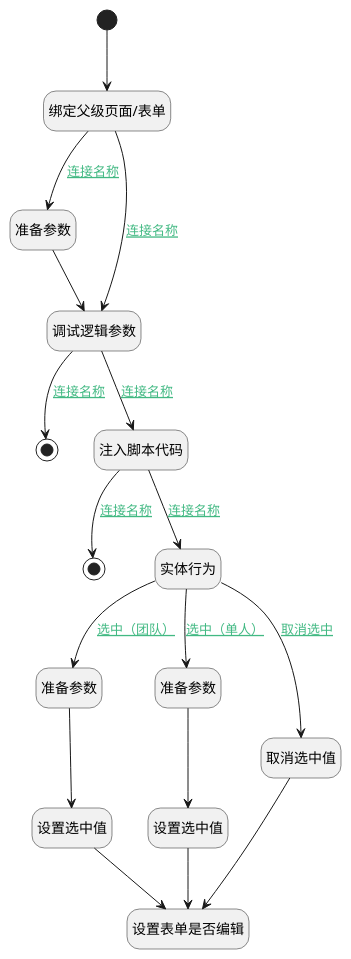
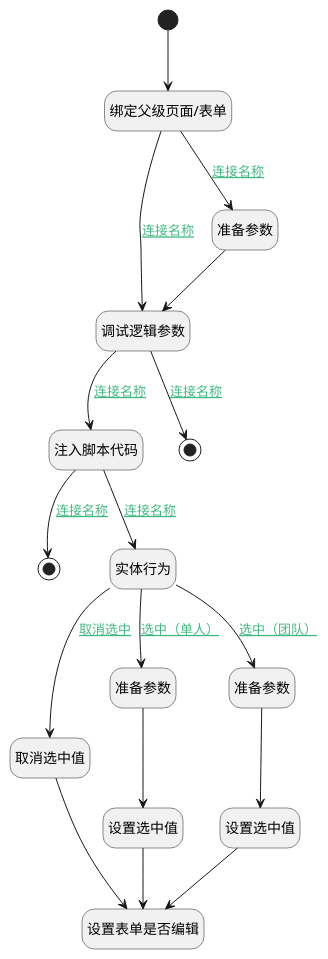
One commit to iBizLab/plm changed the diagram in doc/docsify/module/TestMgmt/review_stage/uilogic/default_choose.md. Above: the diagram before and after it, drawn with PlantUML. The commit also changed other lines of this file and 1473 other files, not shown here.

````diff
--- a/doc/docsify/module/TestMgmt/review_stage/uilogic/default_choose.md
+++ b/doc/docsify/module/TestMgmt/review_stage/uilogic/default_choose.md
@@ -7,46 +7,46 @@
 ```plantuml
 @startuml
 hide footbox
 <style>
 root {
   HyperlinkColor #42b983
 }
 </style>
 
 hide empty description
 state "开始" as Begin <<start>> [[$./default_choose#begin {开始}]]
+state "取消选中值" as RAWJSCODE2  [[$./default_choose#rawjscode2 {取消选中值}]]
+state "准备参数" as PREPAREJSPARAM2  [[$./default_choose#preparejsparam2 {准备参数}]]
+state "注入脚本代码" as RAWJSCODE4  [[$./default_choose#rawjscode4 {注入脚本代码}]]
+state "结束" as END2 <<end>> [[$./default_choose#end2 {结束}]]
 state "设置表单是否编辑" as RAWJSCODE7  [[$./default_choose#rawjscode7 {设置表单是否编辑}]]
-state "结束" as END2 <<end>> [[$./default_choose#end2 {结束}]]
 state "准备参数" as PREPAREJSPARAM3  [[$./default_choose#preparejsparam3 {准备参数}]]
-state "准备参数" as PREPAREJSPARAM4  [[$./default_choose#preparejsparam4 {准备参数}]]
+state "调试逻辑参数" as DEBUGPARAM1  [[$./default_choose#debugparam1 {调试逻辑参数}]]
 state "结束" as END1 <<end>> [[$./default_choose#end1 {结束}]]
 state "绑定父级页面/表单" as PREPAREJSPARAM1  [[$./default_choose#preparejsparam1 {绑定父级页面/表单}]]
-state "准备参数" as PREPAREJSPARAM2  [[$./default_choose#preparejsparam2 {准备参数}]]
+state "准备参数" as PREPAREJSPARAM4  [[$./default_choose#preparejsparam4 {准备参数}]]
+state "实体行为" as DEACTION1  [[$./default_choose#deaction1 {实体行为}]]
 state "设置选中值" as RAWJSCODE3  [[$./default_choose#rawjscode3 {设置选中值}]]
-state "注入脚本代码" as RAWJSCODE4  [[$./default_choose#rawjscode4 {注入脚本代码}]]
-state "取消选中值" as RAWJSCODE2  [[$./default_choose#rawjscode2 {取消选中值}]]
-state "实体行为" as DEACTION1  [[$./default_choose#deaction1 {实体行为}]]
-state "调试逻辑参数" as DEBUGPARAM1  [[$./default_choose#debugparam1 {调试逻辑参数}]]
 state "设置选中值" as RAWJSCODE1  [[$./default_choose#rawjscode1 {设置选中值}]]
 
 
 Begin --> PREPAREJSPARAM1
 PREPAREJSPARAM1 --> PREPAREJSPARAM4 : [[$./default_choose#preparejsparam1-preparejsparam4{连接名称} 连接名称]]
 PREPAREJSPARAM4 --> DEBUGPARAM1
 DEBUGPARAM1 --> RAWJSCODE4 : [[$./default_choose#debugparam1-rawjscode4{连接名称} 连接名称]]
 RAWJSCODE4 --> DEACTION1 : [[$./default_choose#rawjscode4-deaction1{连接名称} 连接名称]]
 DEACTION1 --> PREPAREJSPARAM2 : [[$./default_choose#deaction1-preparejsparam2{选中（单人）} 选中（单人）]]
 PREPAREJSPARAM2 --> RAWJSCODE1
 RAWJSCODE1 --> RAWJSCODE7
 DEACTION1 --> RAWJSCODE2 : [[$./default_choose#deaction1-rawjscode2{取消选中} 取消选中]]
 RAWJSCODE2 --> RAWJSCODE7
 DEACTION1 --> PREPAREJSPARAM3 : [[$./default_choose#deaction1-preparejsparam3{选中（团队）} 选中（团队）]]
 PREPAREJSPARAM3 --> RAWJSCODE3
 RAWJSCODE3 --> RAWJSCODE7
 RAWJSCODE4 --> END2 : [[$./default_choose#rawjscode4-end2{连接名称} 连接名称]]
 DEBUGPARAM1 --> END1 : [[$./default_choose#debugparam1-end1{连接名称} 连接名称]]
 PREPAREJSPARAM1 --> DEBUGPARAM1 : [[$./default_choose#preparejsparam1-debugparam1{连接名称} 连接名称]]
 
 
 @enduml
 ```
````
